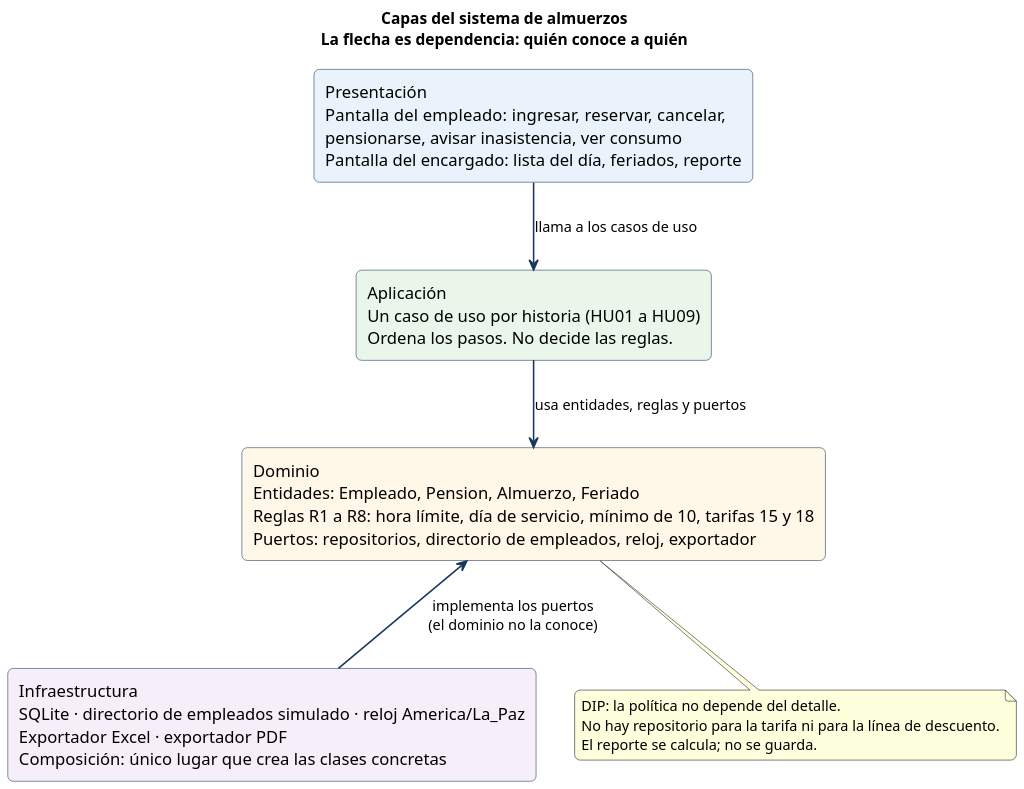
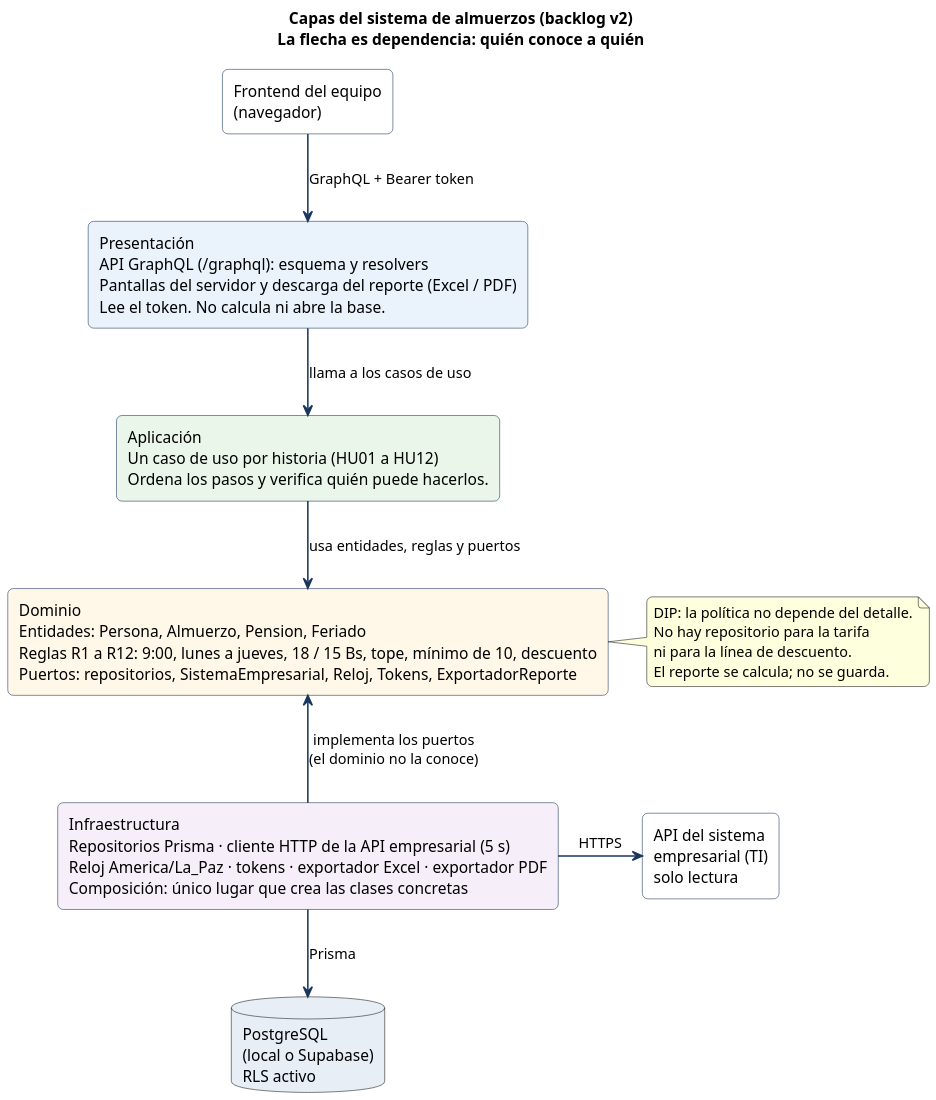
Before and after one commit to GalletitaDeAnis/UAB-PROYECTO-ING-SOFTWARE: the diagram in entregables/diagrams/arquitectura.puml, drawn with PlantUML. The commit also changed 7 other files, not shown here.

Commit message:
Documentar la API, la base y la arquitectura v2 para que el equipo consuma el backend.

```diff
--- a/entregables/diagrams/arquitectura.puml
+++ b/entregables/diagrams/arquitectura.puml
@@ -1,33 +1,41 @@
 @startuml arquitectura
 skinparam backgroundColor white
 skinparam shadowing false
 skinparam defaultFontName Arial
 skinparam dpi 150
 skinparam roundcorner 10
 skinparam ArrowColor #1A365D
 skinparam ArrowThickness 1.4
 skinparam rectangle {
-  FontSize 15
+  FontSize 14
   BorderColor #1A365D
 }
 
-title Capas del sistema de almuerzos\nLa flecha es dependencia: quién conoce a quién
+title Capas del sistema de almuerzos (backlog v2)\nLa flecha es dependencia: quién conoce a quién
 
-rectangle "Presentación\nPantalla del empleado: ingresar, reservar, cancelar,\npensionarse, avisar inasistencia, ver consumo\nPantalla del encargado: lista del día, feriados, reporte" as P #EAF3FB
+rectangle "Frontend del equipo\n(navegador)" as F #FFFFFF
+rectangle "Presentación\nAPI GraphQL (/graphql): esquema y resolvers\nPantallas del servidor y descarga del reporte (Excel / PDF)\nLee el token. No calcula ni abre la base." as P #EAF3FB
 
-rectangle "Aplicación\nUn caso de uso por historia (HU01 a HU09)\nOrdena los pasos. No decide las reglas." as A #EAF6EA
+rectangle "Aplicación\nUn caso de uso por historia (HU01 a HU12)\nOrdena los pasos y verifica quién puede hacerlos." as A #EAF6EA
 
-rectangle "Dominio\nEntidades: Empleado, Pension, Almuerzo, Feriado\nReglas R1 a R8: hora límite, día de servicio, mínimo de 10, tarifas 15 y 18\nPuertos: repositorios, directorio de empleados, reloj, exportador" as D #FFF8E8
+rectangle "Dominio\nEntidades: Persona, Almuerzo, Pension, Feriado\nReglas R1 a R12: 9:00, lunes a jueves, 18 / 15 Bs, tope, mínimo de 10, descuento\nPuertos: repositorios, SistemaEmpresarial, Reloj, Tokens, ExportadorReporte" as D #FFF8E8
 
-rectangle "Infraestructura\nSQLite · directorio de empleados simulado · reloj America/La_Paz\nExportador Excel · exportador PDF\nComposición: único lugar que crea las clases concretas" as I #F6EEF8
+rectangle "Infraestructura\nRepositorios Prisma · cliente HTTP de la API empresarial (5 s)\nReloj America/La_Paz · tokens · exportador Excel · exportador PDF\nComposición: único lugar que crea las clases concretas" as I #F6EEF8
 
+database "PostgreSQL\n(local o Supabase)\nRLS activo" as DB #E8EEF6
+rectangle "API del sistema\nempresarial (TI)\nsolo lectura" as EXT #FFFFFF
+
+F -down-> P : GraphQL + Bearer token
 P -down-> A : llama a los casos de uso
 A -down-> D : usa entidades, reglas y puertos
 I -up-> D : implementa los puertos\n(el dominio no la conoce)
+I -down-> DB : Prisma
+I -right-> EXT : HTTPS
 
-note bottom of D
+note right of D
   DIP: la política no depende del detalle.
-  No hay repositorio para la tarifa ni para la línea de descuento.
+  No hay repositorio para la tarifa
+  ni para la línea de descuento.
   El reporte se calcula; no se guarda.
 end note
 @enduml
```
